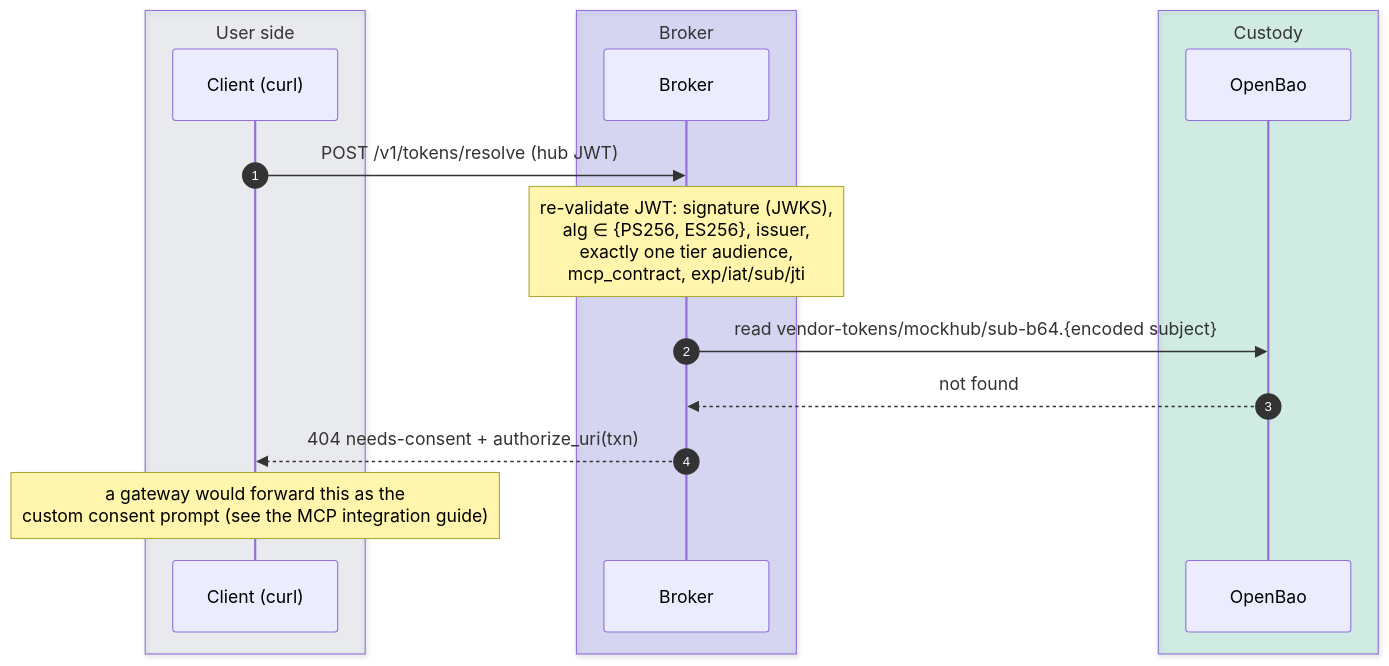
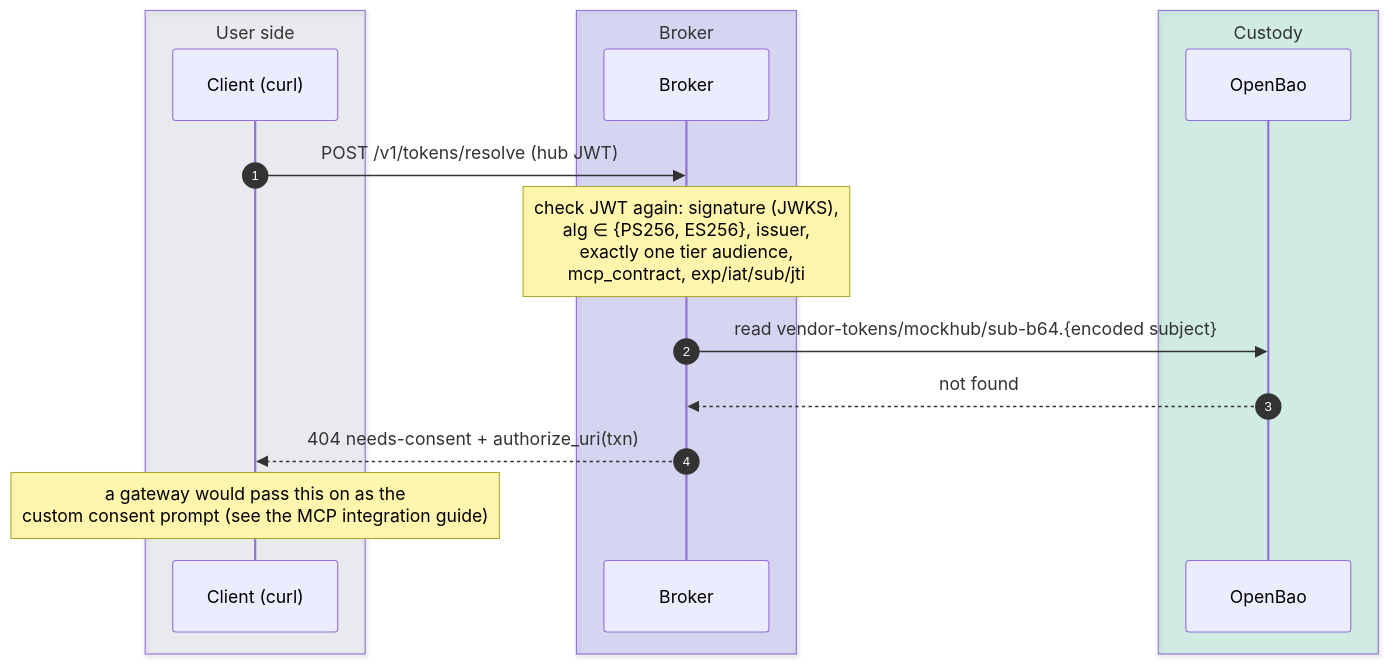
The second of 7 diagrams in docs/smoke-tests.md (chief-builder/vendor-token-broker), drawn with Mermaid before and after one commit. The commit also changed other lines of this file and 14 other files, not shown here.

First line of the commit message:
docs: lead with the MCP gateway and simplify language throughout

````diff
--- a/docs/smoke-tests.md
+++ b/docs/smoke-tests.md
@@ -104,19 +129,19 @@
 ```mermaid
 sequenceDiagram
     autonumber
     box rgba(148,163,184,0.14) User side
         participant C as Client (curl)
     end
     box rgba(99,102,241,0.20) Broker
         participant B as Broker
     end
     box rgba(16,185,129,0.16) Custody
         participant V as OpenBao
     end
     C->>B: POST /v1/tokens/resolve (hub JWT)
-    Note over B: re-validate JWT: signature (JWKS),<br/>alg ∈ {PS256, ES256}, issuer,<br/>exactly one tier audience,<br/>mcp_contract, exp/iat/sub/jti
+    Note over B: check JWT again: signature (JWKS),<br/>alg ∈ {PS256, ES256}, issuer,<br/>exactly one tier audience,<br/>mcp_contract, exp/iat/sub/jti
     B->>V: read vendor-tokens/mockhub/sub-b64.{encoded subject}
     V-->>B: not found
     B-->>C: 404 needs-consent + authorize_uri(txn)
-    Note over C: a gateway would forward this as the<br/>custom consent prompt (see the MCP integration guide)
+    Note over C: a gateway would pass this on as the<br/>custom consent prompt (see the MCP integration guide)
 ```
````
